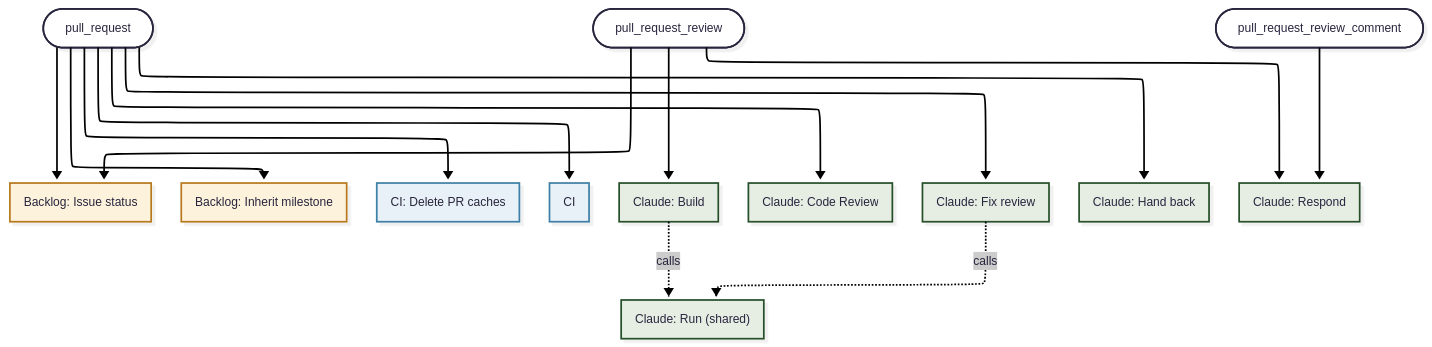
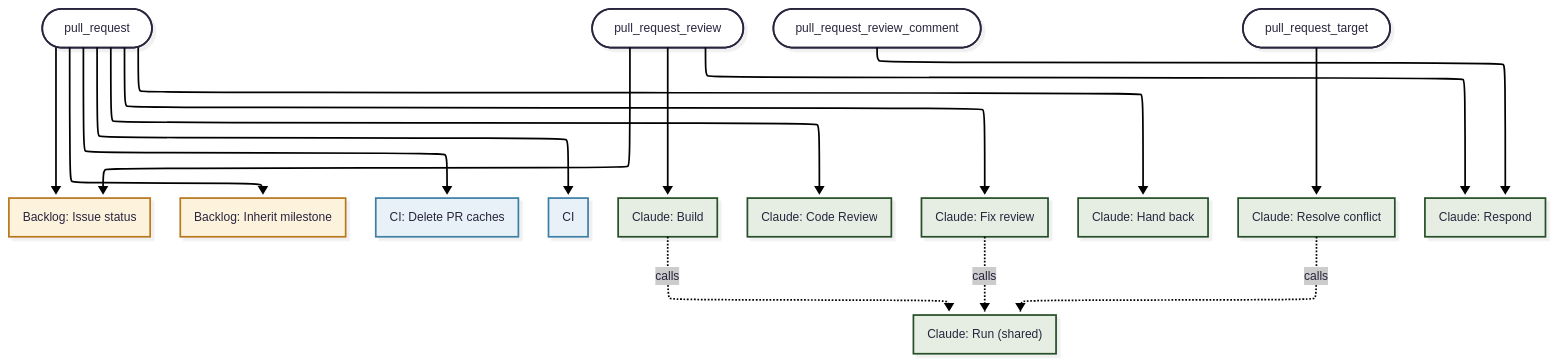
One commit to henetiriki/kinscape changed the first of 3 diagrams in .github/workflows/README.md. Above: the diagram before and after it, drawn with Mermaid. The commit also changed other lines of this file and 14 other files, not shown here.

First line of the commit message:
C.641: Add a `resolve-conflict` label that merges main into a PR (#642)

````diff
--- a/.github/workflows/README.md
+++ b/.github/workflows/README.md
@@ -45,41 +46,45 @@
 ```mermaid
 ---
 config:
   theme: redux-color
   look: neo
   layout: elk
 ---
 flowchart TB
   on_pull_request([pull_request])
   on_pull_request_review([pull_request_review])
   on_pull_request_review_comment([pull_request_review_comment])
+  on_pull_request_target([pull_request_target])
   backlog_issue_status["Backlog: Issue status"]
   backlog_milestone["Backlog: Inherit milestone"]
   ci_cache_cleanup["CI: Delete PR caches"]
   ci["CI"]
   claude_build["Claude: Build"]
   claude_code_review["Claude: Code Review"]
   claude_fix_review["Claude: Fix review"]
   claude_hand_back["Claude: Hand back"]
+  claude_resolve_conflict["Claude: Resolve conflict"]
   claude_respond["Claude: Respond"]
   claude_run["Claude: Run (shared)"]
   on_pull_request --> backlog_issue_status
   on_pull_request --> backlog_milestone
   on_pull_request --> ci_cache_cleanup
   on_pull_request --> ci
   on_pull_request --> claude_code_review
   on_pull_request --> claude_fix_review
   on_pull_request --> claude_hand_back
   on_pull_request_review --> backlog_issue_status
   on_pull_request_review --> claude_build
   on_pull_request_review --> claude_respond
   on_pull_request_review_comment --> claude_respond
+  on_pull_request_target --> claude_resolve_conflict
   claude_build -.->|calls| claude_run
   claude_fix_review -.->|calls| claude_run
+  claude_resolve_conflict -.->|calls| claude_run
   classDef backlog fill:#fdf3dd,stroke:#b7791f
   classDef ci fill:#e8f1f7,stroke:#3e7fa6
   classDef claude fill:#e6eee4,stroke:#264f29
   class backlog_issue_status,backlog_milestone backlog
   class ci_cache_cleanup,ci ci
-  class claude_build,claude_code_review,claude_fix_review,claude_hand_back,claude_respond,claude_run claude
+  class claude_build,claude_code_review,claude_fix_review,claude_hand_back,claude_resolve_conflict,claude_respond,claude_run claude
 ```
````
